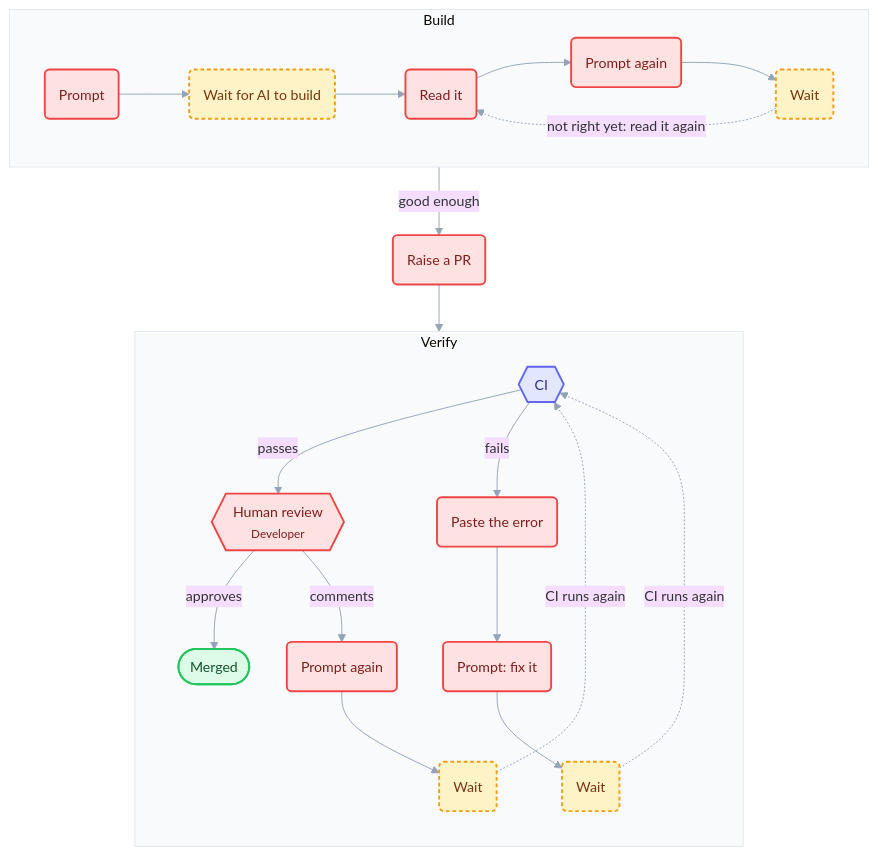
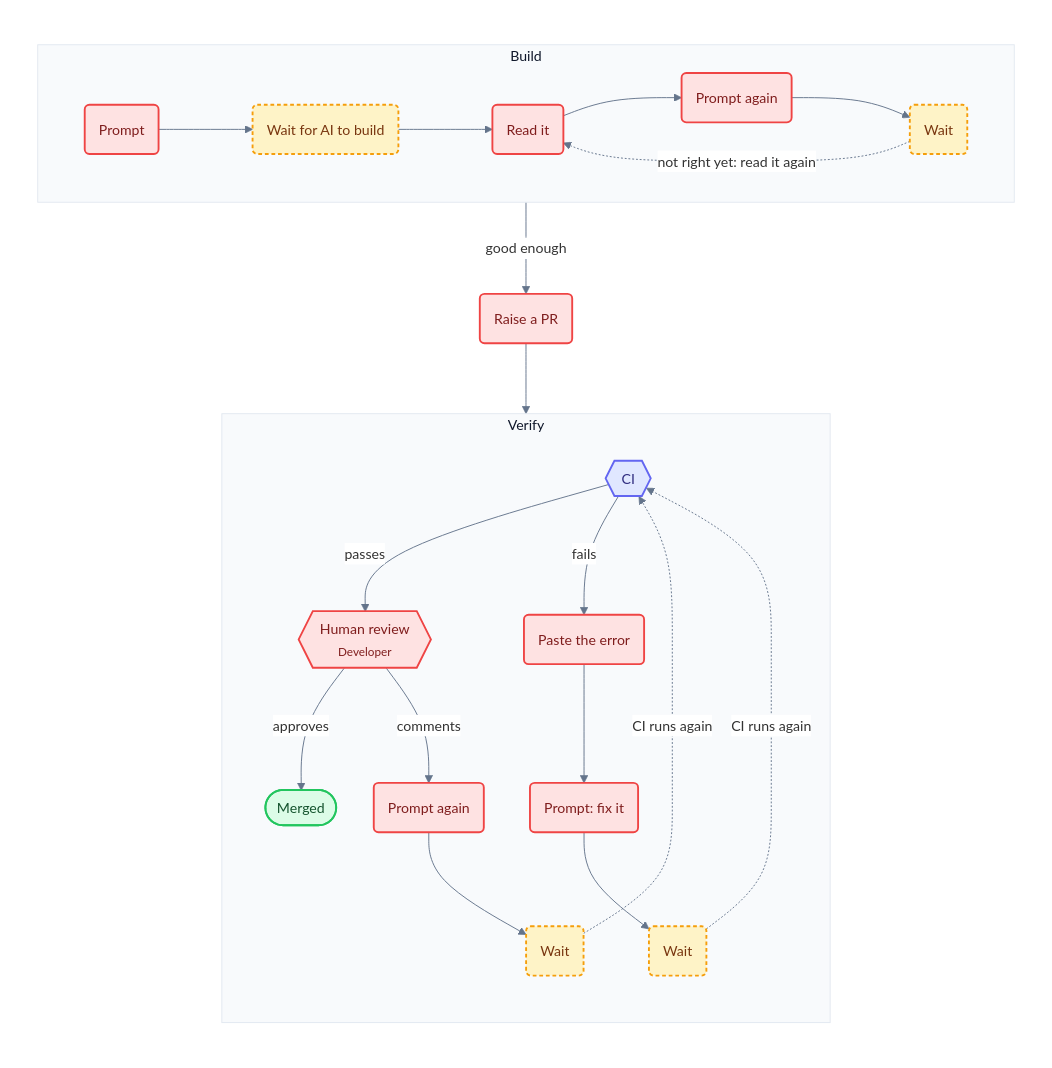
One commit to AlexTo/agentic-sdlc changed the first of 2 diagrams in README.md. Above: the diagram before and after it, drawn with Mermaid. The commit also changed other lines of this file, not shown here.

Commit message:
docs: give README diagrams a white background

````diff
--- a/README.md
+++ b/README.md
@@ -24,37 +24,42 @@
 ```mermaid
-%%{init: {"theme": "base", "flowchart": {"curve": "basis", "nodeSpacing": 40, "rankSpacing": 50}, "themeVariables": {"fontFamily": "Inter, system-ui, sans-serif", "fontSize": "15px", "lineColor": "#94a3b8", "clusterBkg": "#f8fafc", "clusterBorder": "#e2e8f0"}}}%%
+%%{init: {"theme": "base", "flowchart": {"curve": "basis", "nodeSpacing": 40, "rankSpacing": 50}, "themeVariables": {"fontFamily": "Inter, system-ui, sans-serif", "fontSize": "15px", "lineColor": "#64748b", "background": "#ffffff", "textColor": "#0f172a", "titleColor": "#0f172a", "edgeLabelBackground": "#ffffff", "clusterBkg": "#f8fafc", "clusterBorder": "#e2e8f0"}}}%%
 flowchart TB
+    subgraph ALL[" "]
+    direction TB
     subgraph BUILD["Build"]
         direction LR
         P1("Prompt") --> W1("Wait for AI to build")
         W1 --> R("Read it")
         R --> P2("Prompt again")
         P2 --> W2("Wait")
         W2 -. "not right yet: read it again" .-> R
     end
 
     subgraph VERIFY["Verify"]
         direction TB
         CI{{"CI"}} -- "passes" --> RV{{"Human review<br/><small>Developer</small>"}}
         RV -- "approves" --> Done(["Merged"])
         CI -- "fails" --> PE("Paste the error")
         PE --> P3("Prompt: fix it")
         P3 --> W3("Wait")
         W3 -. "CI runs again" .-> CI
         RV -- "comments" --> P4("Prompt again")
         P4 --> W4("Wait")
         W4 -. "CI runs again" .-> CI
     end
 
     BUILD -- "good enough" --> PR("Raise a PR")
     PR --> VERIFY
 
+    end
+    style ALL fill:#ffffff,stroke:#ffffff,color:#ffffff
+
     classDef human fill:#fee2e2,stroke:#ef4444,stroke-width:2px,color:#7f1d1d
     classDef wait fill:#fef3c7,stroke:#f59e0b,stroke-width:2px,color:#78350f,stroke-dasharray:4 3
     classDef gate fill:#e0e7ff,stroke:#6366f1,stroke-width:2px,color:#312e81
     classDef done fill:#dcfce7,stroke:#22c55e,stroke-width:2px,color:#14532d
     class P1,R,P2,PR,PE,P3,P4,RV human
     class W1,W2,W3,W4 wait
     class CI gate
     class Done done
 ```
````
